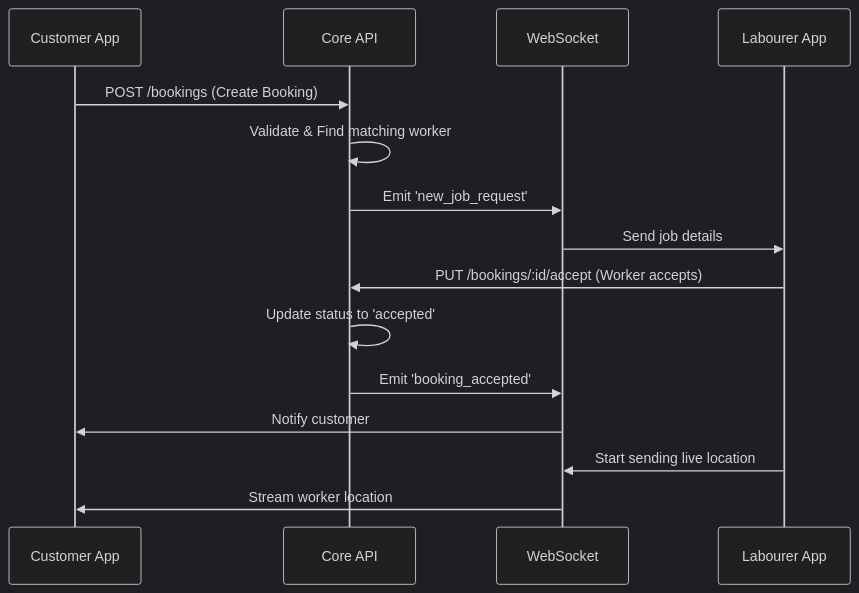
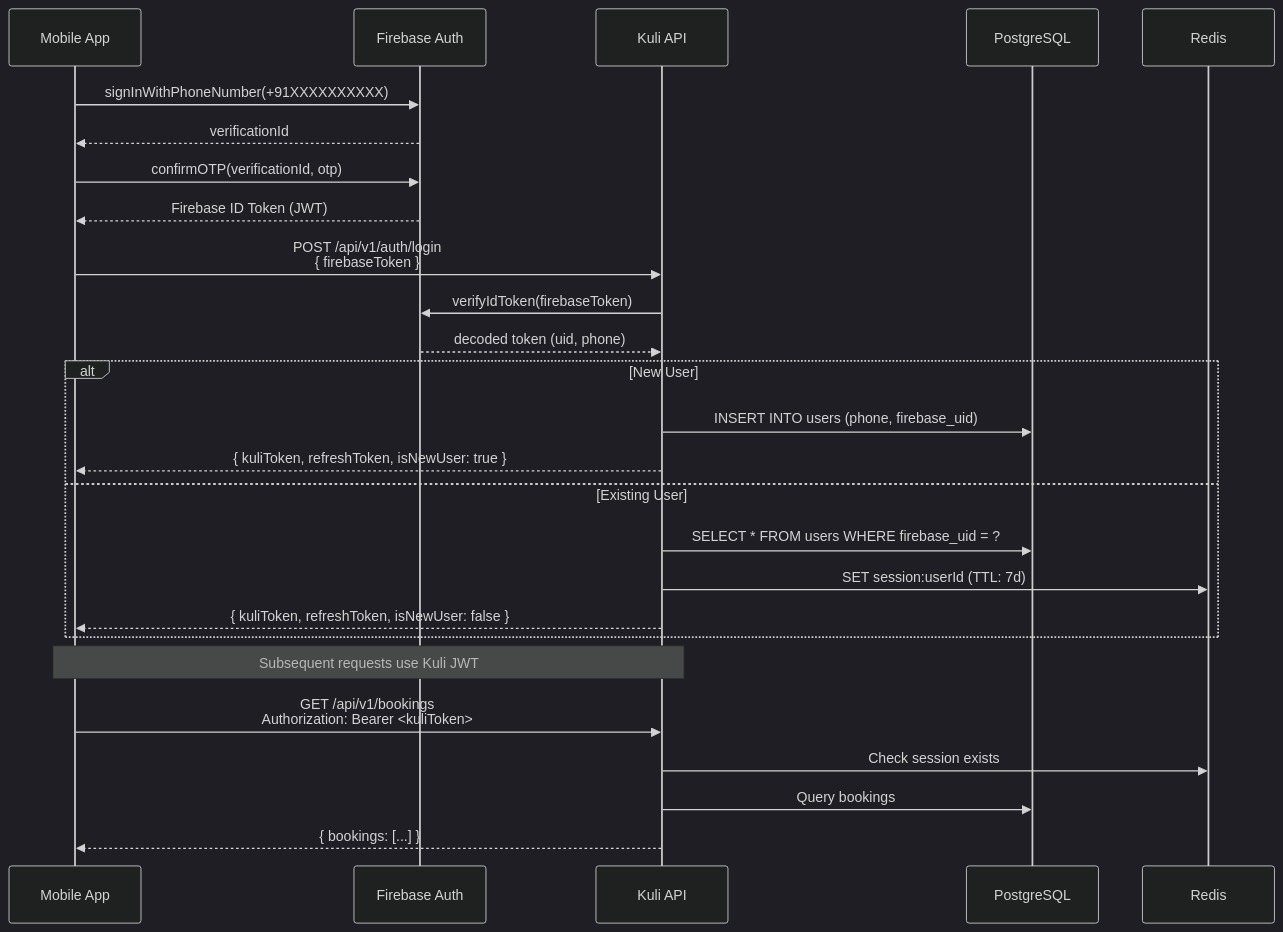
The fourth of 15 diagrams in 02_TRD.md (kulabour/kulabour), drawn with Mermaid (dark theme) before and after one commit. The commit also changed other lines of this file, not shown here.

Commit message:
Major upgrade: Rewrite TRD to senior-engineer quality (208 -> 1200+ lines) with ADRs, architecture diagrams, API specs, security protocols, CI/CD, monitoring, and data flows

````diff
--- a/02_TRD.md
+++ b/02_TRD.md
@@ -155,18 +383,32 @@
 ```mermaid
 sequenceDiagram
-    participant C as Customer App
-    participant API as Core API
-    participant WS as WebSocket
-    participant L as Labourer App
+    participant App as Mobile App
+    participant FB as Firebase Auth
+    participant API as Kuli API
+    participant DB as PostgreSQL
+    participant RD as Redis
+
+    App->>FB: signInWithPhoneNumber(+91XXXXXXXXXX)
+    FB-->>App: verificationId
+    App->>FB: confirmOTP(verificationId, otp)
+    FB-->>App: Firebase ID Token (JWT)
     
-    C->>API: POST /bookings (Create Booking)
-    API->>API: Validate & Find matching worker
-    API->>WS: Emit 'new_job_request'
-    WS->>L: Send job details
-    L->>API: PUT /bookings/:id/accept (Worker accepts)
-    API->>API: Update status to 'accepted'
-    API->>WS: Emit 'booking_accepted'
-    WS->>C: Notify customer
-    L->>WS: Start sending live location
-    WS->>C: Stream worker location
+    App->>API: POST /api/v1/auth/login<br/>{ firebaseToken }
+    API->>FB: verifyIdToken(firebaseToken)
+    FB-->>API: decoded token (uid, phone)
+    
+    alt New User
+        API->>DB: INSERT INTO users (phone, firebase_uid)
+        API-->>App: { kuliToken, refreshToken, isNewUser: true }
+    else Existing User
+        API->>DB: SELECT * FROM users WHERE firebase_uid = ?
+        API->>RD: SET session:userId (TTL: 7d)
+        API-->>App: { kuliToken, refreshToken, isNewUser: false }
+    end
+
+    Note over App,API: Subsequent requests use Kuli JWT
+    App->>API: GET /api/v1/bookings<br/>Authorization: Bearer <kuliToken>
+    API->>RD: Check session exists
+    API->>DB: Query bookings
+    API-->>App: { bookings: [...] }
 ```
````
